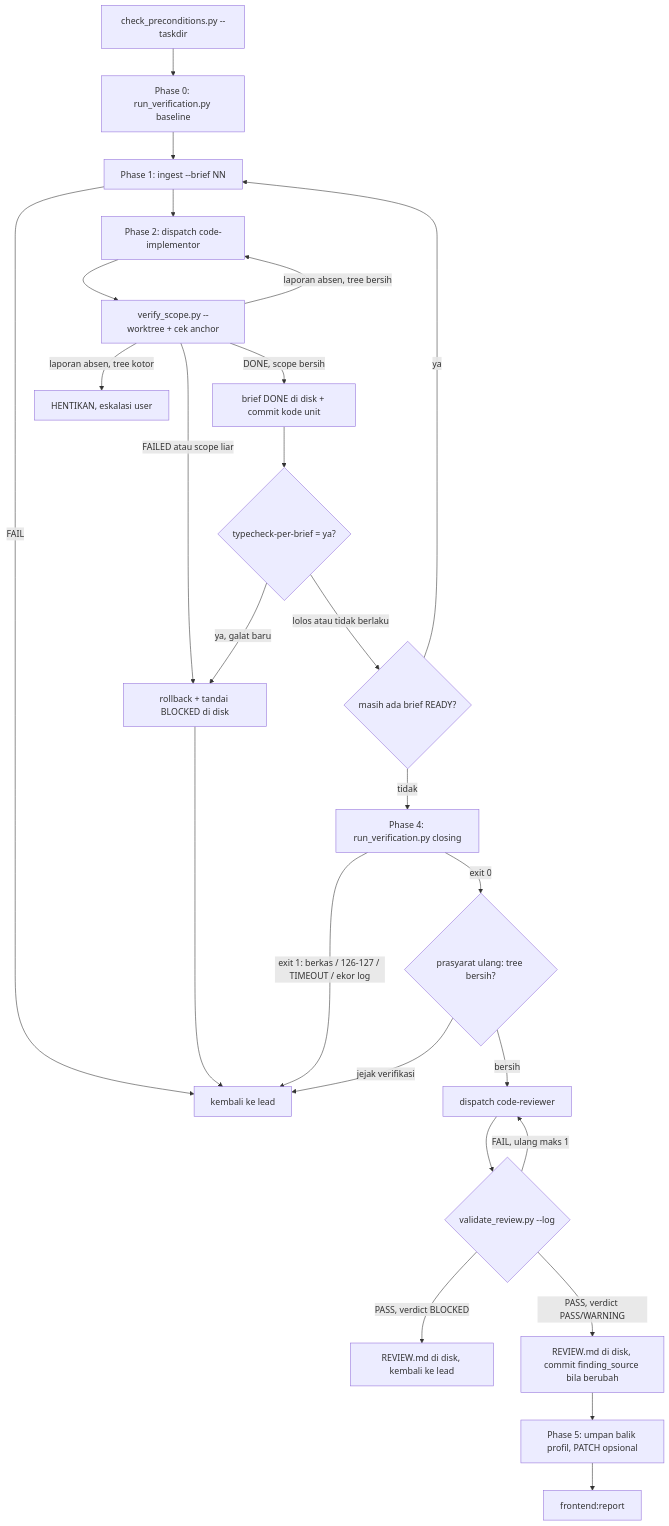
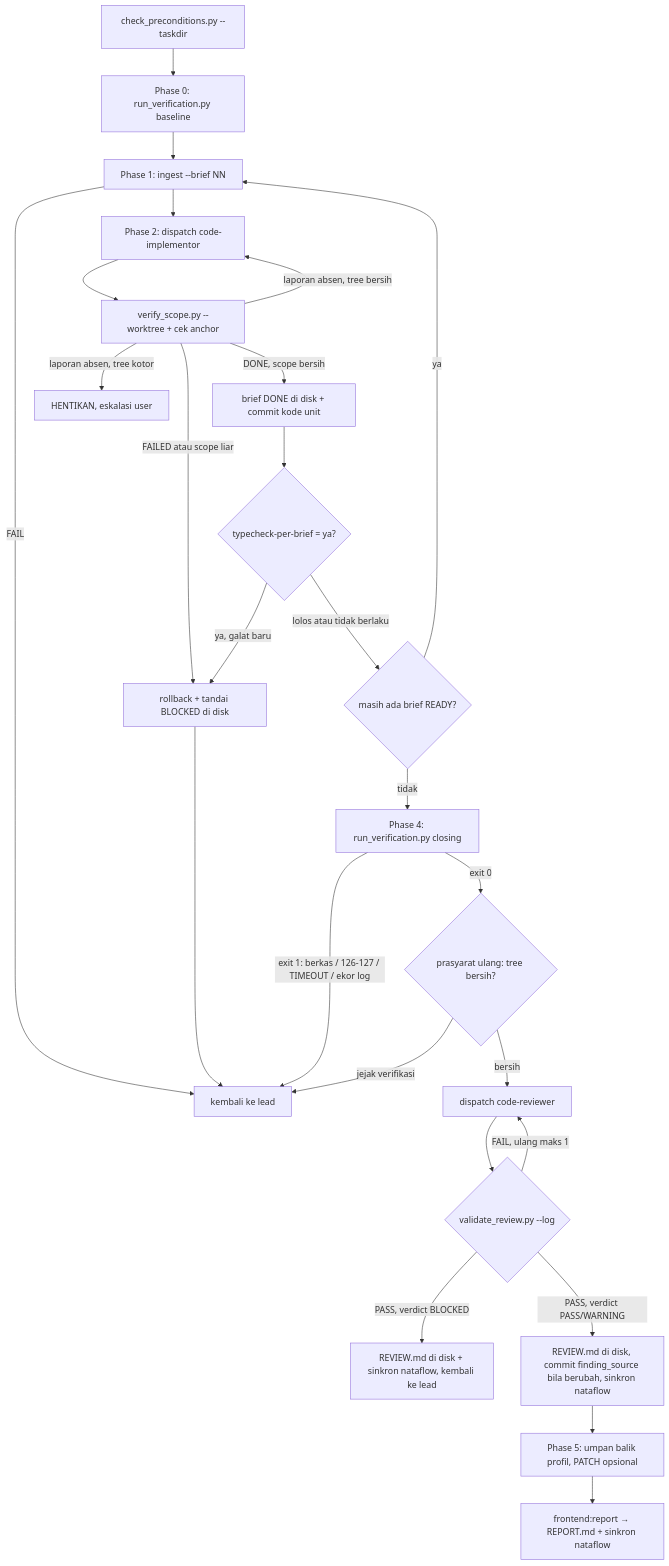
Before and after one commit to nataflow/agentic-workflow: the fifth of 8 diagrams in flow/frontend.md, drawn with Mermaid. The commit also changed other lines of this file and 13 other files, not shown here.

First line of the commit message:
feat(backend,frontend): sinkron nataflow langsung di titik dokumen disetujui atau tuntas (26 S1–S7)

````diff
--- a/flow/frontend.md
+++ b/flow/frontend.md
@@ -459,28 +461,28 @@
 ```mermaid
 flowchart TD
     PRE["check_preconditions.py --taskdir"] --> BASE["Phase 0: run_verification.py baseline"]
     BASE --> ING["Phase 1: ingest --brief NN"]
     ING -->|"FAIL"| STOP["kembali ke lead"]
     ING --> DIS["Phase 2: dispatch code-implementor"]
     DIS --> VS["verify_scope.py --worktree + cek anchor"]
     VS -->|"DONE, scope bersih"| CU["brief DONE di disk + commit kode unit"]
     VS -->|"FAILED atau scope liar"| CB["rollback + tandai BLOCKED di disk"]
     VS -->|"laporan absen, tree bersih"| DIS
     VS -->|"laporan absen, tree kotor"| HALT["HENTIKAN, eskalasi user"]
     CU --> TC{"typecheck-per-brief = ya?"}
     TC -->|"ya, galat baru"| CB
     TC -->|"lolos atau tidak berlaku"| NEXT{"masih ada brief READY?"}
     NEXT -->|"ya"| ING
     NEXT -->|"tidak"| CLS["Phase 4: run_verification.py closing"]
     CB --> STOP
     CLS -->|"exit 1: berkas / 126-127 / TIMEOUT / ekor log"| STOP
     CLS -->|"exit 0"| TR{"prasyarat ulang: tree bersih?"}
     TR -->|"jejak verifikasi"| STOP
     TR -->|"bersih"| REV["dispatch code-reviewer"]
     REV --> VR{"validate_review.py --log"}
     VR -->|"FAIL, ulang maks 1"| REV
-    VR -->|"PASS, verdict BLOCKED"| CBR["REVIEW.md di disk, kembali ke lead"]
-    VR -->|"PASS, verdict PASS/WARNING"| CR["REVIEW.md di disk, commit finding_source bila berubah"]
+    VR -->|"PASS, verdict BLOCKED"| CBR["REVIEW.md di disk + sinkron nataflow, kembali ke lead"]
+    VR -->|"PASS, verdict PASS/WARNING"| CR["REVIEW.md di disk, commit finding_source bila berubah, sinkron nataflow"]
     CR --> FB["Phase 5: umpan balik profil, PATCH opsional"]
-    FB --> RPT["frontend:report"]
+    FB --> RPT["frontend:report → REPORT.md + sinkron nataflow"]
 ```
````
